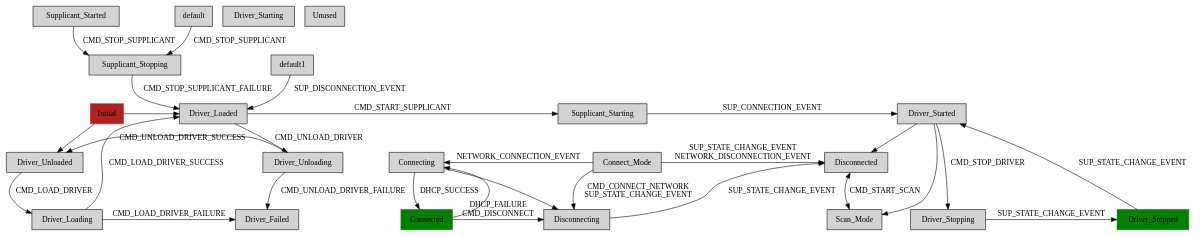
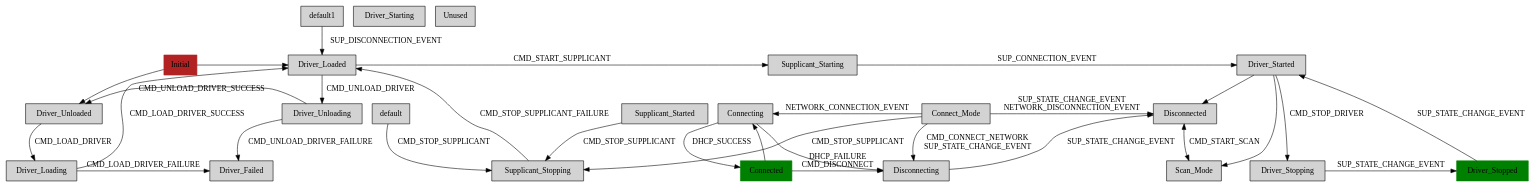
The diagram in fsm/wifistates.dot (cambridgehackers/klaatu-language-gitorious), drawn with Graphviz before and after one commit. The commit also changed 2 other files, not shown here.

```diff
--- a/fsm/wifistates.dot
+++ b/fsm/wifistates.dot
@@ -1,61 +1,62 @@
 digraph wifistates {
     node [shape=box style=filled]
 
     { rank=same; Initial Driver_Loaded Supplicant_Starting Driver_Started }
     { rank=same; Driver_Unloaded Driver_Unloading }
     { rank=same; Driver_Loading Driver_Failed }
     { rank=same; Connect_Mode Connecting Disconnected }
     { rank=same; Connected Disconnecting }
     { rank=same; Driver_Stopped Scan_Mode Driver_Stopping }
 
     Connect_Mode -> Disconnected [ label="SUP_STATE_CHANGE_EVENT\nNETWORK_DISCONNECTION_EVENT" ]
     Connect_Mode -> Disconnecting [ label="CMD_CONNECT_NETWORK\nSUP_STATE_CHANGE_EVENT" ]
+    Connect_Mode -> Supplicant_Stopping [ label=CMD_STOP_SUPPLICANT ]
     Connected -> Connecting 
     Connected -> Disconnecting [ label="DHCP_FAILURE\nCMD_DISCONNECT" ]
     Connecting -> Connect_Mode [ dir=back label=NETWORK_CONNECTION_EVENT ]
     Connecting -> Connected [ label="DHCP_SUCCESS" ]
     Connecting -> Disconnecting
     Disconnected -> Scan_Mode [ dir=both label=CMD_START_SCAN ]
     Disconnecting -> Disconnected [ label=SUP_STATE_CHANGE_EVENT ]
     Driver_Failed -> Driver_Unloading [dir=back label=CMD_UNLOAD_DRIVER_FAILURE ]
     Driver_Loaded -> Driver_Unloading [ label=CMD_UNLOAD_DRIVER ]
     Driver_Loaded -> Supplicant_Starting [ label=CMD_START_SUPPLICANT ]
     Driver_Loading -> Driver_Failed [label=CMD_LOAD_DRIVER_FAILURE]
     Driver_Loading -> Driver_Loaded [label=CMD_LOAD_DRIVER_SUCCESS]
     Driver_Started -> Disconnected
     Driver_Started -> Driver_Stopping [ label=CMD_STOP_DRIVER ]
     Driver_Started -> Scan_Mode 
     Driver_Stopped -> Driver_Started [ label=SUP_STATE_CHANGE_EVENT ]
     Driver_Stopping -> Driver_Stopped [ label=SUP_STATE_CHANGE_EVENT ]
     Driver_Unloaded -> Driver_Loading [ label=CMD_LOAD_DRIVER ]
     Driver_Unloaded -> Driver_Unloading [dir=back label=CMD_UNLOAD_DRIVER_SUCCESS ]
     Initial -> Driver_Loaded
     Initial -> Driver_Unloaded
     Supplicant_Started -> Supplicant_Stopping [ label=CMD_STOP_SUPPLICANT ]
     Supplicant_Starting -> Driver_Started [ label=SUP_CONNECTION_EVENT ]
     Supplicant_Stopping -> Driver_Loaded [ label=CMD_STOP_SUPPLICANT_FAILURE ]
     default -> Supplicant_Stopping [ label=CMD_STOP_SUPPLICANT ]
     default1 -> Driver_Loaded [ label=SUP_DISCONNECTION_EVENT ]
 
-    Connect_Mode        [ actions="1, Supplicant_Started" ];
+    Connect_Mode        [ actions="1, 0" ];
     Connected           [ actions="1, Connect_Mode" color=green ];
     Connecting          [ actions="2, Connect_Mode" defer="CMD_START_SCAN" ];
     Disconnected        [ actions="1, Connect_Mode" ];
     Disconnecting       [ actions="1, Connect_Mode" ];
-    Driver_Failed       [ actions="1, Driver_Unloaded" ];
+    Driver_Failed       [ actions="1, 0" ];
     Driver_Loaded       [ actions="2, 0" ];
     Driver_Loading      [ actions="2, 0" defer="CMD_LOAD_DRIVER\nCMD_UNLOAD_DRIVER\nCMD_START_SUPPLICANT\nCMD_STOP_SUPPLICANT\nCMD_START_DRIVER\nCMD_STOP_DRIVER" ];
     Driver_Started      [ actions="1, Supplicant_Started" ];
     Driver_Starting     [ defer="CMD_START_DRIVER\nCMD_STOP_DRIVER\nNETWORK_CONNECTION_EVENT\nNETWORK_DISCONNECTION_EVENT\nAUTHENTICATION_FAILURE_EVENT\nCMD_START_SCAN\nCMD_DISCONNECT\nCMD_REASSOCIATE\nCMD_RECONNECT" ];
     Driver_Stopped      [ actions="2, Supplicant_Started" color=green defer="CMD_STOP_DRIVER\nNETWORK_CONNECTION_EVENT\nNETWORK_DISCONNECTION_EVENT\nAUTHENTICATION_FAILURE_EVENT\nCMD_DISCONNECT\nCMD_REASSOCIATE\nCMD_RECONNECT" ];
     Driver_Stopping     [ actions="1, Supplicant_Started" defer="CMD_START_DRIVER\nCMD_STOP_DRIVER\nNETWORK_CONNECTION_EVENT\nNETWORK_DISCONNECTION_EVENT\nAUTHENTICATION_FAILURE_EVENT\nCMD_START_SCAN\nCMD_DISCONNECT\nCMD_REASSOCIATE\nCMD_RECONNECT" ];
     Driver_Unloaded     [ actions="2, 0" ];
     Driver_Unloading    [ actions="2, 0" defer="CMD_LOAD_DRIVER\nCMD_UNLOAD_DRIVER\nCMD_START_SUPPLICANT\nCMD_STOP_SUPPLICANT\nCMD_START_DRIVER\nCMD_STOP_DRIVER" ];
     Initial             [ color=firebrick ]; 
     Scan_Mode           [ actions="1, Supplicant_Started" ];
     Supplicant_Started  [ actions="1, 0" ];
     Supplicant_Starting [ actions="1, 0" defer="CMD_LOAD_DRIVER\nCMD_UNLOAD_DRIVER\nCMD_START_SUPPLICANT\nCMD_STOP_SUPPLICANT\nCMD_START_DRIVER\nCMD_STOP_DRIVER" ];
     Supplicant_Stopping [ actions="1, 0" ];
     Unused              [ defer="CMD_ADD_OR_UPDATE_NETWORK\nCMD_DISABLE_NETWORK\nCMD_ENABLE_BACKGROUND_SCAN\nCMD_ENABLE_NETWORK\nCMD_ENABLE_RSSI_POLL\nCMD_REMOVE_NETWORK\nCMD_RSSI_POLL\nCMD_SELECT_NETWORK\nCMD_STOP_SUPPLICANT_SUCCESS\nSUP_SCAN_RESULTS_EVENT" ];
     default             [ actions="0, 0" ];
 }
```
